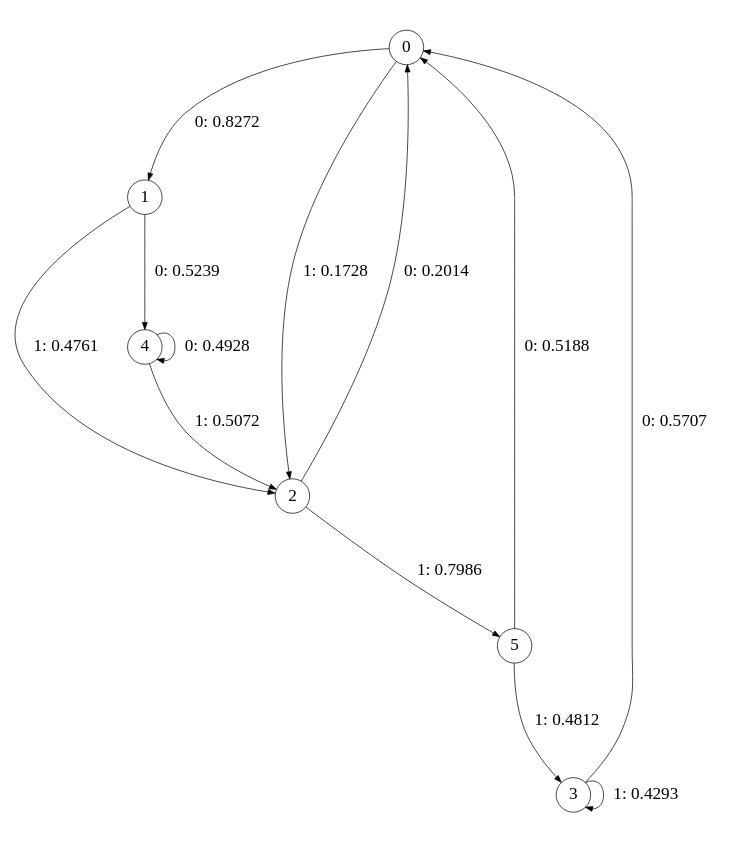
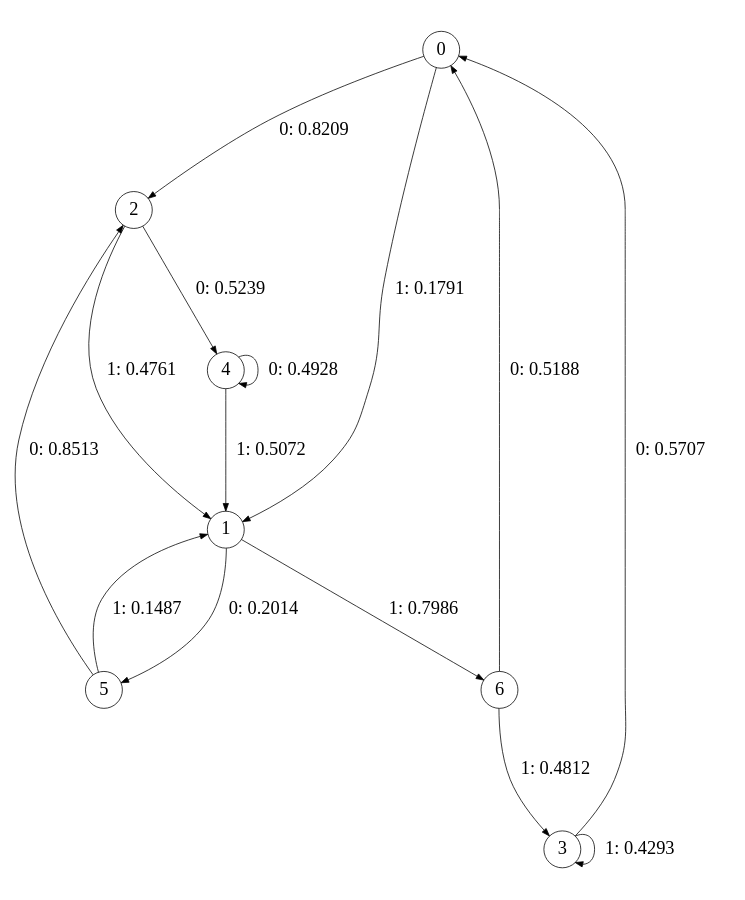
The diagram in cssr data/derivative split/phase 1/ch5randomL3_inf.dot (juliapaterson/summerproject), drawn with Graphviz before and after one commit. The commit also changed 1436 other files, not shown here.

```diff
--- a/cssr data/derivative split/phase 1/ch5randomL3_inf.dot
+++ b/cssr data/derivative split/phase 1/ch5randomL3_inf.dot
@@ -1,19 +1,21 @@
 digraph "ch5randomL3" {
 size = "6,8.5";
 ratio = "fill";
 node [shape = circle];
 node [fontsize = 24];
 edge [fontsize = 24];
-0 -> 1 [label = "0: 0.8272   "];
-0 -> 2 [label = "1: 0.1728   "];
-1 -> 4 [label = "0: 0.5239   "];
-1 -> 2 [label = "1: 0.4761   "];
-2 -> 0 [label = "0: 0.2014   "];
-2 -> 5 [label = "1: 0.7986   "];
+0 -> 2 [label = "0: 0.8209   "];
+0 -> 1 [label = "1: 0.1791   "];
+1 -> 5 [label = "0: 0.2014   "];
+1 -> 6 [label = "1: 0.7986   "];
+2 -> 4 [label = "0: 0.5239   "];
+2 -> 1 [label = "1: 0.4761   "];
 3 -> 0 [label = "0: 0.5707   "];
 3 -> 3 [label = "1: 0.4293   "];
 4 -> 4 [label = "0: 0.4928   "];
-4 -> 2 [label = "1: 0.5072   "];
-5 -> 0 [label = "0: 0.5188   "];
-5 -> 3 [label = "1: 0.4812   "];
+4 -> 1 [label = "1: 0.5072   "];
+5 -> 2 [label = "0: 0.8513   "];
+5 -> 1 [label = "1: 0.1487   "];
+6 -> 0 [label = "0: 0.5188   "];
+6 -> 3 [label = "1: 0.4812   "];
 }
```
